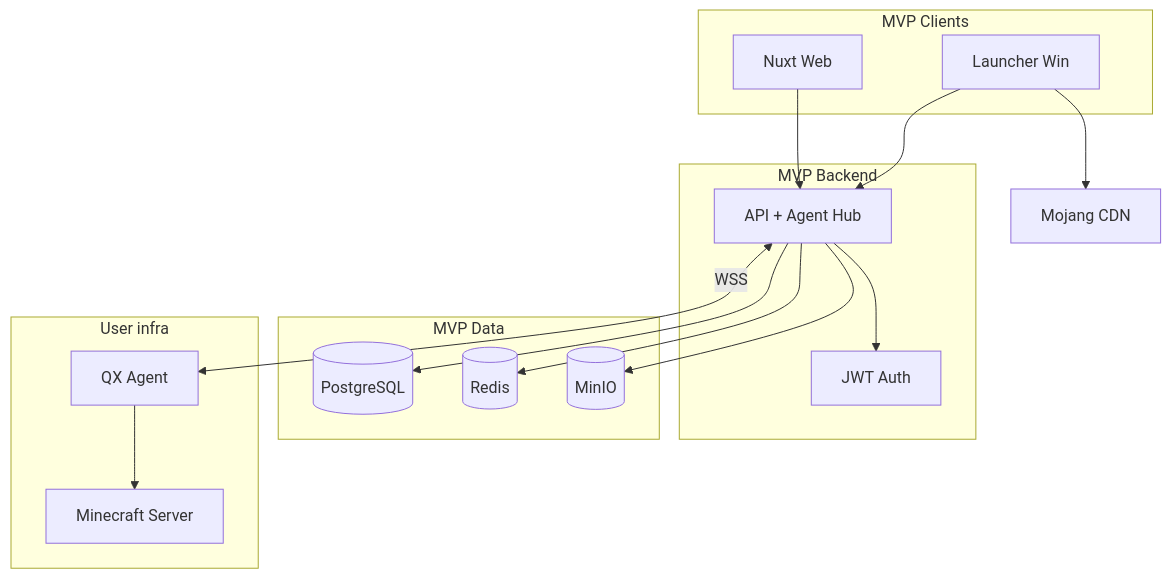
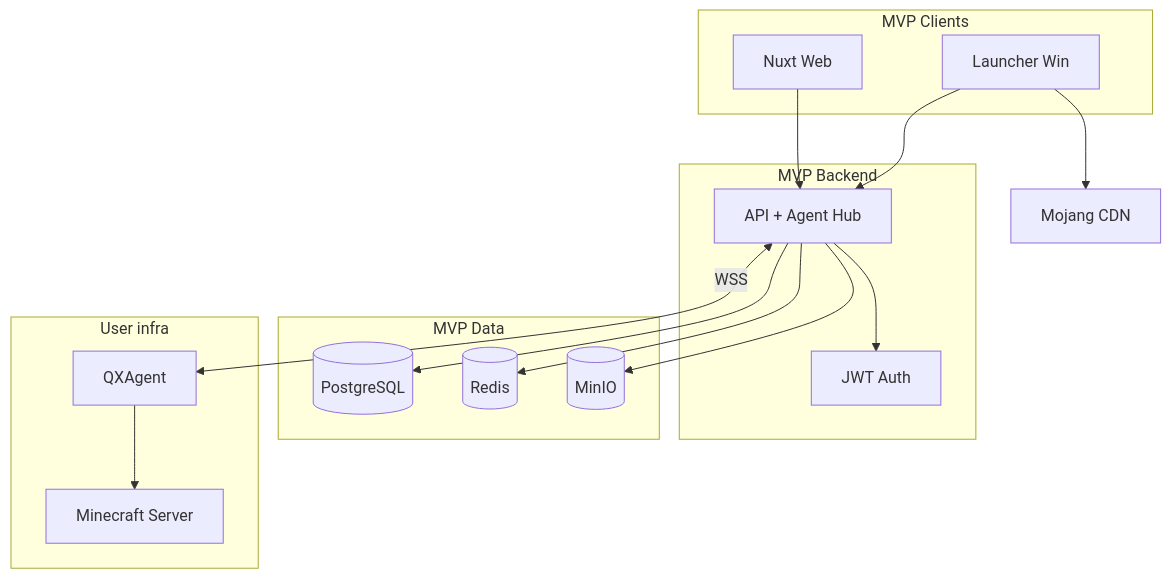
Before and after one commit to mindevis/qx-project: the first of 2 diagrams in docs/mvp.md, drawn with Mermaid. The commit also changed other lines of this file and 14 other files, not shown here.

````diff
--- a/docs/mvp.md
+++ b/docs/mvp.md
@@ -100,33 +101,33 @@
 ```mermaid
 flowchart TB
     subgraph mvp_clients [MVP Clients]
         Web[Nuxt Web]
         Launcher[Launcher Win]
     end
 
     subgraph mvp_backend [MVP Backend]
         API[API + Agent Hub]
         Auth[JWT Auth]
     end
 
     subgraph mvp_data [MVP Data]
         PG[(PostgreSQL)]
         Redis[(Redis)]
         MinIO[(MinIO)]
     end
 
     subgraph mvp_remote [User infra]
-        Agent[QX Agent]
+        Agent[QXAgent]
         MC[Minecraft Server]
     end
 
     Web --> API
     Launcher --> API
     API --> Auth
     API --> PG
     API --> Redis
     API --> MinIO
     API <-->|WSS| Agent
     Agent --> MC
     Launcher --> Mojang[Mojang CDN]
 ```
````
